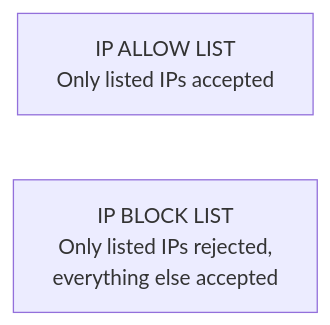
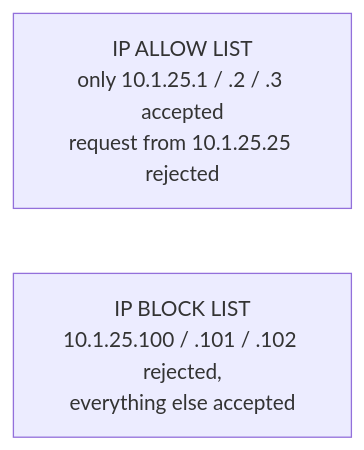
One commit to developerashok99/green-c-mule-notes changed the ninth of 10 diagrams in detailed-notes/day32.md. Above: the diagram before and after it, drawn with Mermaid. The commit also changed other lines of this file and 17 other files, not shown here.

````diff
--- a/detailed-notes/day32.md
+++ b/detailed-notes/day32.md
@@ -134,5 +144,5 @@
 ```mermaid
 flowchart LR
-    Allow["IP ALLOW LIST\nOnly listed IPs accepted"] 
-    Block["IP BLOCK LIST\nOnly listed IPs rejected,\neverything else accepted"]
+    Allow["IP ALLOW LIST<br/>only 10.1.25.1 / .2 / .3 accepted<br/>request from 10.1.25.25 rejected"]
+    Block["IP BLOCK LIST<br/>10.1.25.100 / .101 / .102 rejected,<br/>everything else accepted"]
 ```
````
